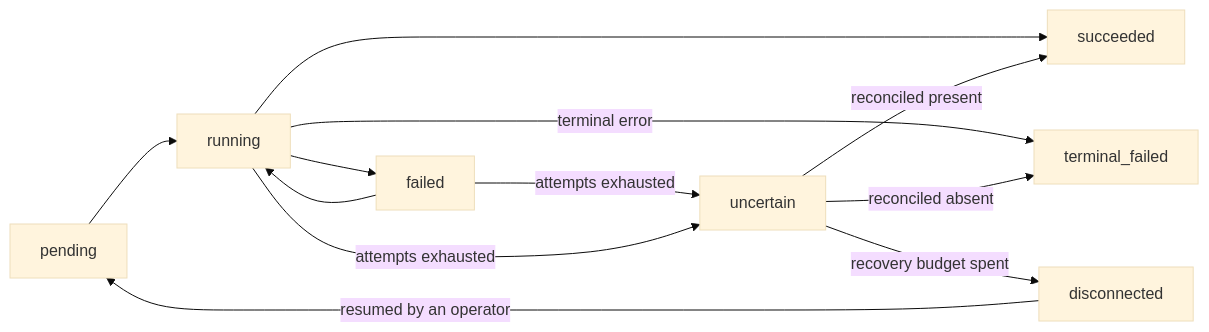
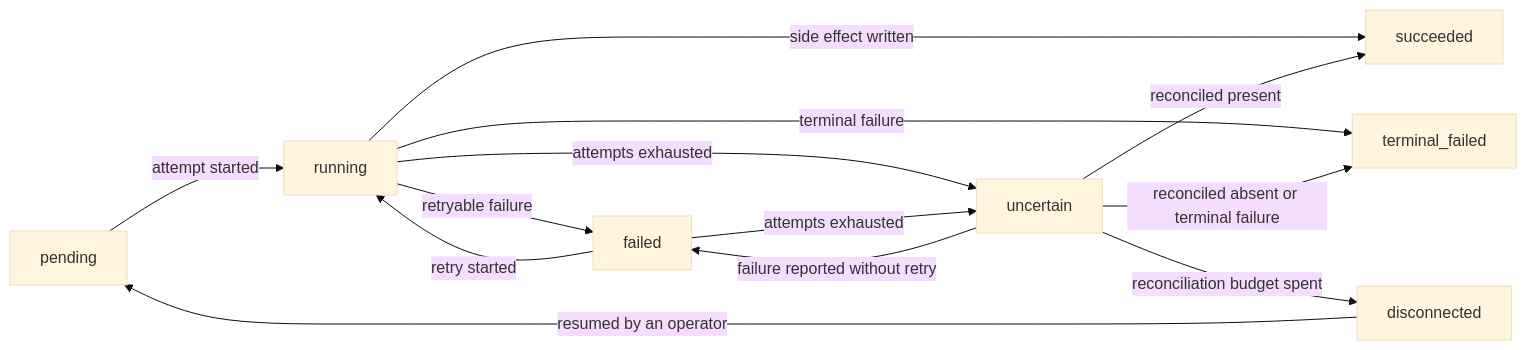
The fifth of 5 diagrams in services/review-runs/README.md (Agent-AI-Chalmers/sec-review-bot), drawn with Mermaid (base theme) before and after one commit. The commit also changed other lines of this file and 15 other files, not shown here.

````diff
--- a/services/review-runs/README.md
+++ b/services/review-runs/README.md
@@ -133,13 +133,15 @@
 ```mermaid
 flowchart LR
-  steppending[pending] --> runningstep[running] --> stepsucceeded[succeeded]
-  runningstep --> stepfailed[failed]
-  stepfailed --> runningstep
-  runningstep -->|terminal error| terminalfailed[terminal_failed]
-  stepfailed -->|attempts exhausted| stepuncertain[uncertain]
-  runningstep -->|attempts exhausted| stepuncertain
+  steppending[pending] -->|attempt started| runningstep[running]
+  runningstep -->|side effect written| stepsucceeded[succeeded]
+  runningstep -->|retryable failure| stepfailed[failed]
+  stepfailed -->|retry started| runningstep
+  runningstep -->|terminal failure| terminalfailed[terminal_failed]
+  runningstep -->|attempts exhausted| stepuncertain[uncertain]
+  stepfailed -->|attempts exhausted| stepuncertain
   stepuncertain -->|reconciled present| stepsucceeded
-  stepuncertain -->|reconciled absent| terminalfailed
-  stepuncertain -->|recovery budget spent| stepdisconnected[disconnected]
+  stepuncertain -->|reconciled absent or terminal failure| terminalfailed
+  stepuncertain -->|failure reported without retry| stepfailed
+  stepuncertain -->|reconciliation budget spent| stepdisconnected[disconnected]
   stepdisconnected -->|resumed by an operator| steppending
 ```
````
